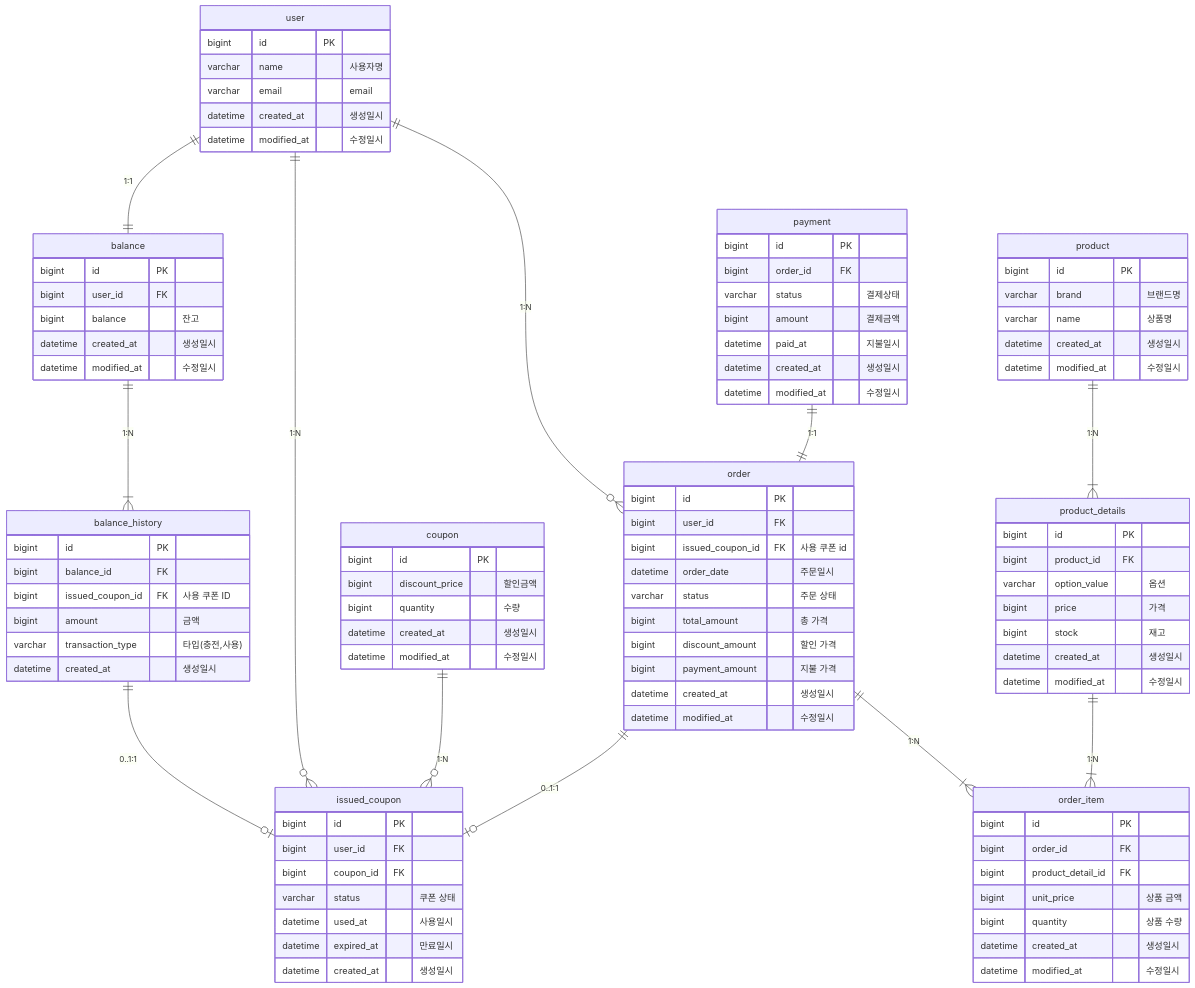
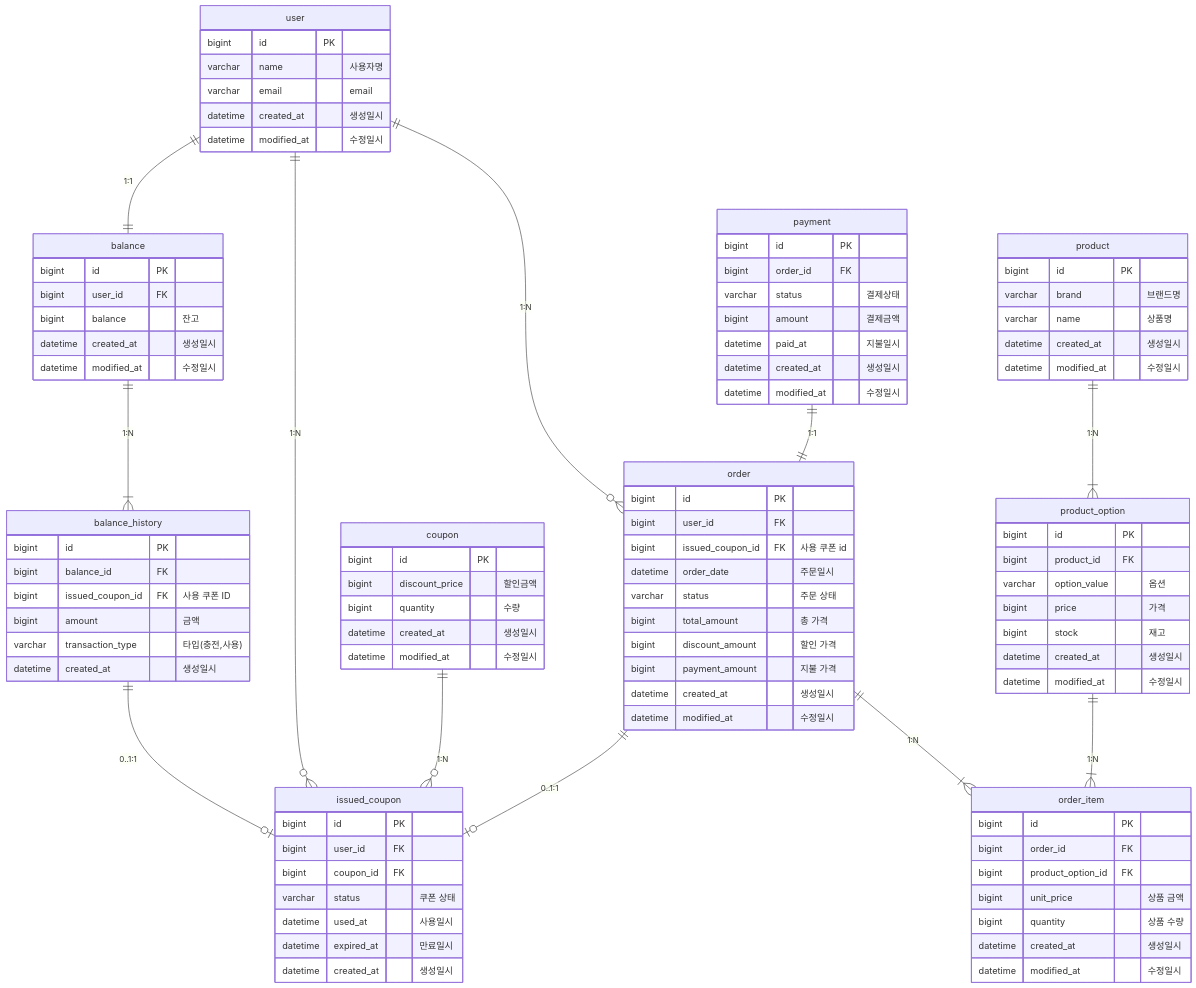
One commit to ch00kh/e-commerce-sercvice changed the diagram in docs/requirements-analysis/erd.md. Above: the diagram before and after it, drawn with Mermaid. The commit also changed 2 other files, not shown here.

Commit message:
chore: 네이밍 수정 (product_details -> product_option)

```diff
--- a/docs/requirements-analysis/erd.md
+++ b/docs/requirements-analysis/erd.md
@@ -5,11 +5,11 @@
   balance_history ||--o| issued_coupon: "0..1:1"
   user ||--o{ issued_coupon: "1:N"
   coupon ||--o{ issued_coupon: "1:N"
-  product ||--|{ product_details: "1:N"
+  product ||--|{ product_option: "1:N"
   user ||--o{ order: "1:N"
   order ||--|{ order_item: "1:N"
   order ||--o| issued_coupon: "0..1:1"
-  product_details ||--|{ order_item: "1:N"
+  product_option ||--|{ order_item: "1:N"
   payment ||--||order : "1:1"
 
   user {
@@ -63,7 +63,7 @@
     datetime modified_at "수정일시"
   }
 
-  product_details {
+  product_option {
     bigint id PK
     bigint product_id FK
     varchar option_value "옵션"
@@ -90,7 +90,7 @@
   order_item {
     bigint id PK
     bigint order_id FK
-    bigint product_detail_id FK
+    bigint product_option_id FK
     bigint unit_price "상품 금액"
     bigint quantity "상품 수량"
     datetime created_at "생성일시"
```
